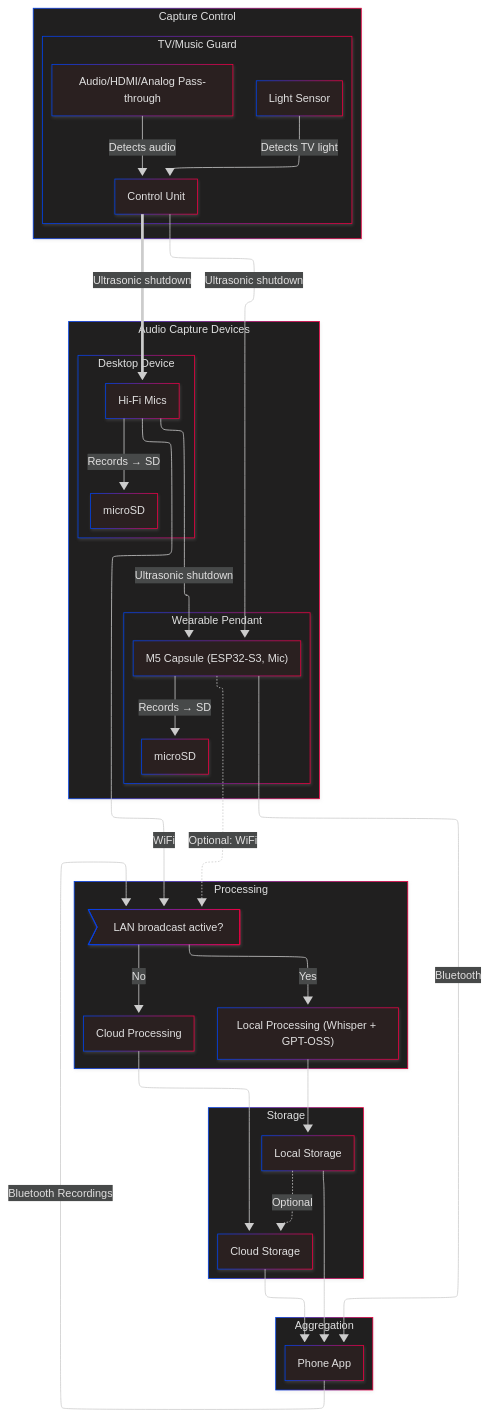
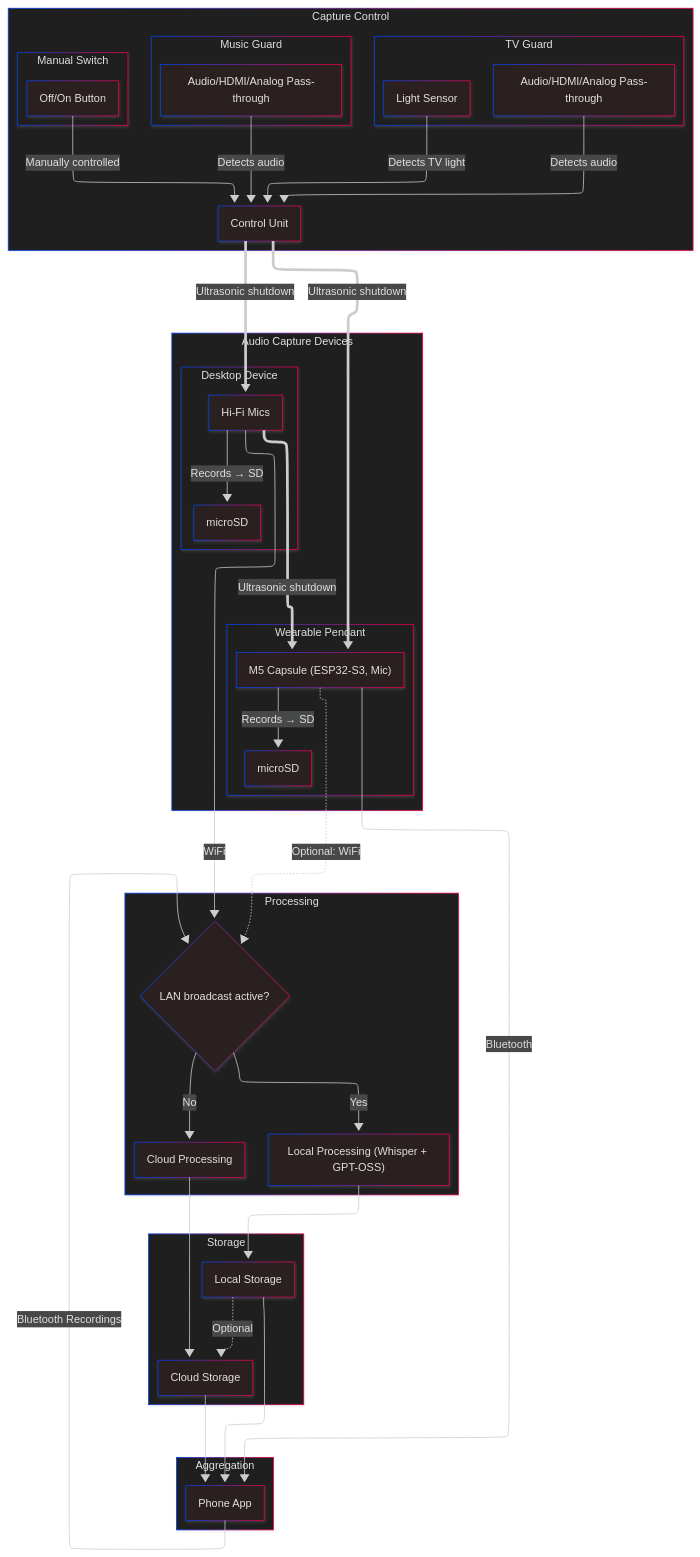
One commit to daveio/ambio-systems changed the diagram in README.md. Above: the diagram before and after it, drawn with Mermaid. The commit also changed other lines of this file, not shown here.

Commit message:
📝 Update README diagram with new guards and manual switch
Refine the system architecture flowchart to separate TV, Music, and
Manual guards into distinct components. Update connection styles and
shapes for better visual distinction. Add notes regarding hardware
implementation details.

The documentation is updated to reflect a more granular architecture where audio sources and manual overrides are treated as separate inputs. The flowchart syntax is improved for better rendering and readability, distinguishing between control signals and data flow.

````diff
--- a/README.md
+++ b/README.md
@@ -9,61 +10,73 @@
 ```mermaid
 ---
 config:
   look: neo
   layout: elk
   theme: neo-dark
 id: 824b7c2c-b7c8-4d31-b8a3-c5ca4e5234b2
 ---
 flowchart TB
   subgraph PendantGroup["Wearable Pendant"]
     Pendant["M5 Capsule (ESP32-S3, Mic)"]
     PendantSD["microSD"]
   end
   subgraph DesktopGroup["Desktop Device"]
     Desktop["Hi-Fi Mics"]
     DesktopSD["microSD"]
   end
   subgraph Capture["Audio Capture Devices"]
     direction LR
       PendantGroup
       DesktopGroup
   end
-  subgraph TVGuard["TV/Music Guard"]
+  subgraph TVGuard["TV Guard"]
     Passthrough["Audio/HDMI/Analog Pass-through"]
     LightSensor["Light Sensor"]
-    ControlUnit["Control Unit"]
+  end
+  subgraph MusicGuard["Music Guard"]
+    MPassthrough["Audio/HDMI/Analog Pass-through"]
+  end
+  subgraph ManualGuard["Manual Switch"]
+    Switch["Off/On Button"]
   end
   subgraph Control["Capture Control"]
     TVGuard
+    MusicGuard
+    ManualGuard
+    ControlUnit["Control Unit"]
   end
   subgraph Aggregation["Aggregation"]
     Phone["Phone App"]
   end
   subgraph Processing["Processing"]
-    Decision>"LAN broadcast active?"]
+    Decision{"LAN broadcast active?"}
     LocalProc["Local Processing (Whisper + GPT-OSS)"]
     CloudProc["Cloud Processing"]
   end
   subgraph Storage["Storage"]
     LocalStorage["Local Storage"]
     CloudStorage["Cloud Storage"]
   end
-  Desktop -- Ultrasonic shutdown ---> Pendant
-  ControlUnit -- Ultrasonic shutdown ---> Pendant
-  Passthrough -- Detects audio --> ControlUnit
-  LightSensor -- Detects TV light --> ControlUnit
-  Pendant -- Records → SD --> PendantSD
-  Desktop -- Records → SD --> DesktopSD
+
+  %% Connections
+  Desktop == "Ultrasonic shutdown" ==> Pendant
+  ControlUnit == "Ultrasonic shutdown" ==> Pendant
+  Passthrough -- "Detects audio" --> ControlUnit
+  LightSensor -- "Detects TV light" --> ControlUnit
+  MPassthrough -- "Detects audio" --> ControlUnit
+  Switch -- "Manually controlled" --> ControlUnit
+  Pendant -- "Records → SD" --> PendantSD
+  Desktop -- "Records → SD" --> DesktopSD
   Pendant -- Bluetooth --> Phone
+  Pendant -. "Optional: WiFi" .-> Decision
+  Desktop -- WiFi --> Decision
+  Phone -- "Bluetooth Recordings" --> Decision
   Decision -- Yes --> LocalProc
   Decision -- No --> CloudProc
   LocalProc --> LocalStorage
   CloudProc --> CloudStorage
   LocalStorage -. Optional .-> CloudStorage
   LocalStorage --> Phone
   CloudStorage --> Phone
-  Pendant -. Optional: WiFi .-> Decision
-  Desktop -- WiFi --> Decision
-  ControlUnit == Ultrasonic shutdown ==> Desktop
-  Phone -- Bluetooth Recordings --> Decision
+  ControlUnit == "Ultrasonic shutdown" ==> Desktop
 ```
````
